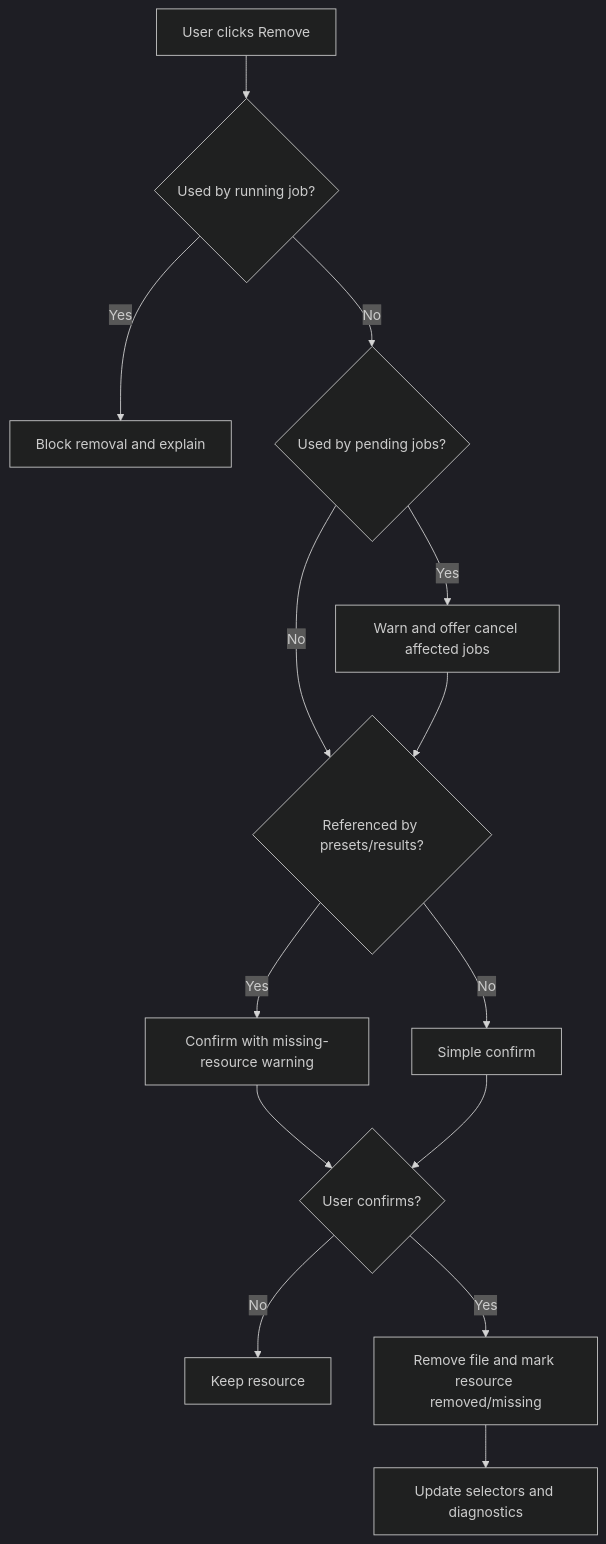
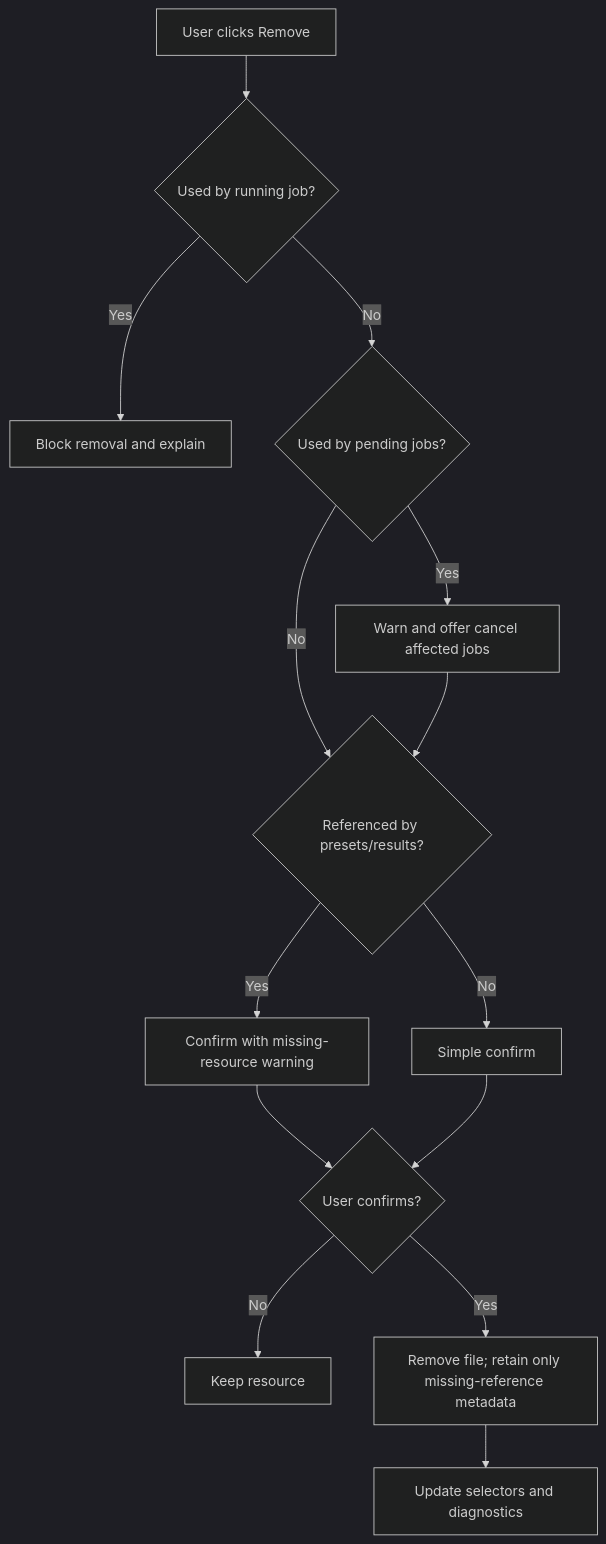
Before and after one commit to BMFreed/imagegen-studio: the sixth of 8 diagrams in docs/features/model-manager.md, drawn with Mermaid (dark theme). The commit also changed other lines of this file and 58 other files, not shown here.

````diff
--- a/docs/features/model-manager.md
+++ b/docs/features/model-manager.md
@@ -624,16 +666,16 @@
 ```mermaid
 flowchart TD
   A["User clicks Remove"] --> B{"Used by running job?"}
   B -- "Yes" --> C["Block removal and explain"]
   B -- "No" --> D{"Used by pending jobs?"}
   D -- "Yes" --> E["Warn and offer cancel affected jobs"]
   D -- "No" --> F{"Referenced by presets/results?"}
   E --> F
   F -- "Yes" --> G["Confirm with missing-resource warning"]
   F -- "No" --> H["Simple confirm"]
   G --> I{"User confirms?"}
   H --> I
   I -- "No" --> J["Keep resource"]
-  I -- "Yes" --> K["Remove file and mark resource removed/missing"]
+  I -- "Yes" --> K["Remove file; retain only missing-reference metadata"]
   K --> L["Update selectors and diagnostics"]
 ```
````
